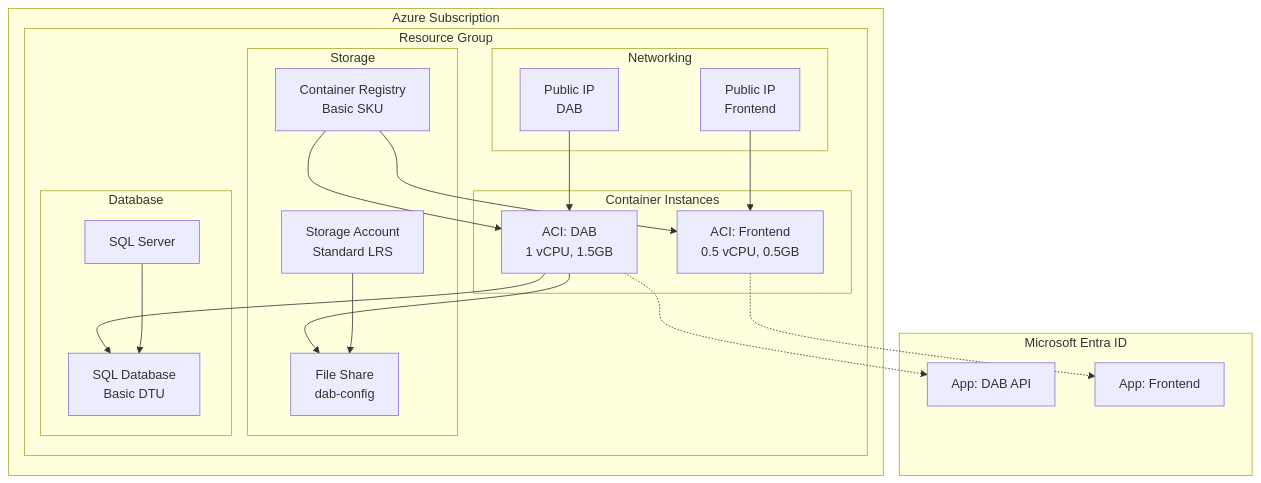
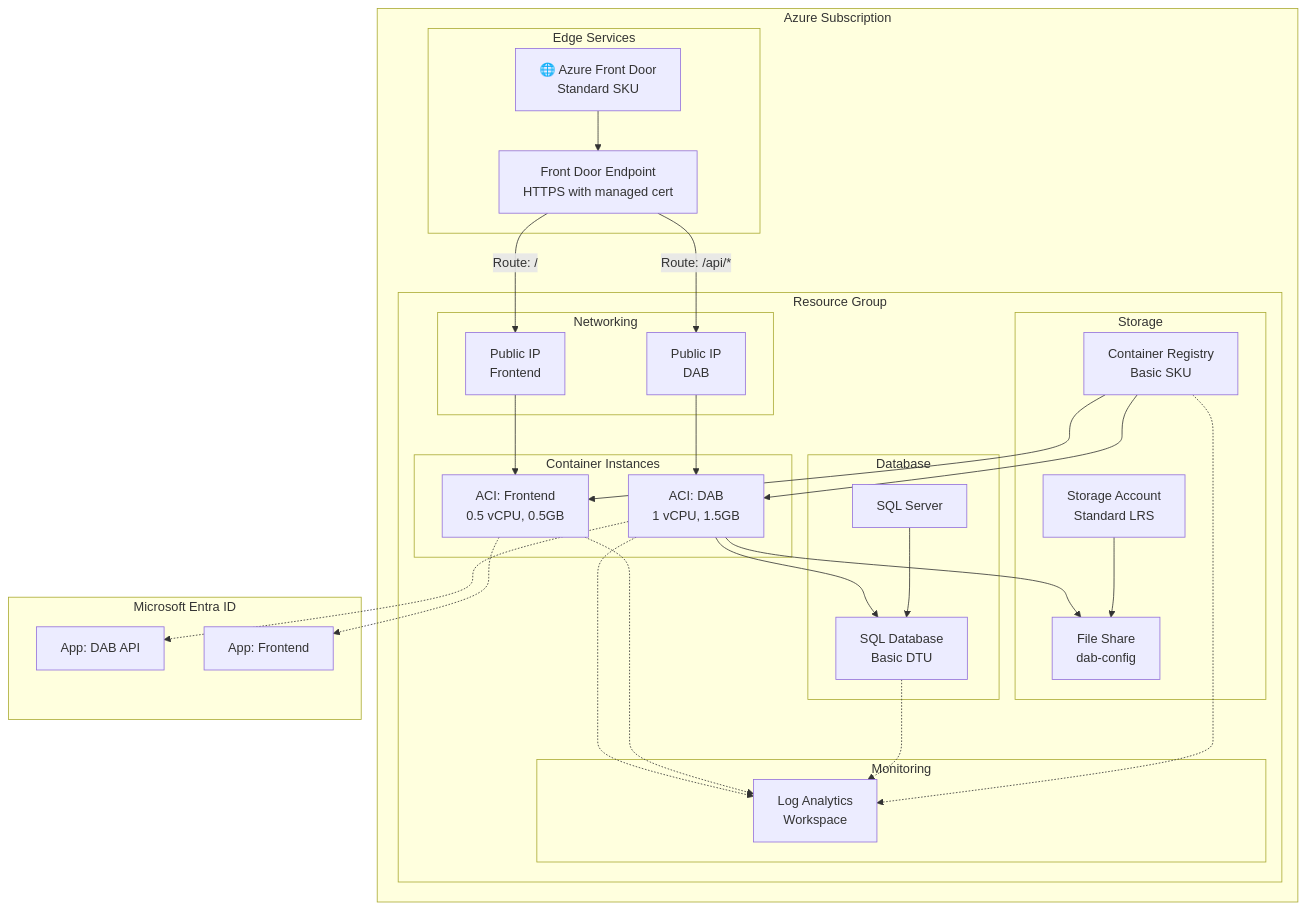
One commit to fgarofalo56/azure-dab-fullstack-demo changed the tenth of 13 diagrams in docs/architecture.md. Above: the diagram before and after it, drawn with Mermaid. The commit also changed other lines of this file and 2 other files, not shown here.

First line of the commit message:
docs: update architecture diagrams with Front Door and Log Analytics

````diff
--- a/docs/architecture.md
+++ b/docs/architecture.md
@@ -481,43 +490,59 @@
 ```mermaid
 graph TB
     subgraph Subscription["Azure Subscription"]
+        subgraph Edge["Edge Services"]
+            FrontDoor["🌐 Azure Front Door<br/>Standard SKU"]
+            FDEndpoint["Front Door Endpoint<br/>HTTPS with managed cert"]
+        end
+
         subgraph RG["Resource Group"]
             subgraph Network["Networking"]
                 PIP1["Public IP<br/>DAB"]
                 PIP2["Public IP<br/>Frontend"]
             end
 
             subgraph Containers["Container Instances"]
                 ACI1["ACI: DAB<br/>1 vCPU, 1.5GB"]
                 ACI2["ACI: Frontend<br/>0.5 vCPU, 0.5GB"]
             end
 
             subgraph Storage["Storage"]
                 ACR["Container Registry<br/>Basic SKU"]
                 StorageAcc["Storage Account<br/>Standard LRS"]
                 FileShare["File Share<br/>dab-config"]
             end
 
             subgraph Database["Database"]
                 SQLServer["SQL Server"]
                 SQLDB["SQL Database<br/>Basic DTU"]
             end
+
+            subgraph Observability["Monitoring"]
+                LAW["Log Analytics<br/>Workspace"]
+            end
         end
     end
 
     subgraph EntraID["Microsoft Entra ID"]
         AppReg1["App: DAB API"]
         AppReg2["App: Frontend"]
     end
 
+    FrontDoor --> FDEndpoint
+    FDEndpoint -->|"Route: /"| PIP2
+    FDEndpoint -->|"Route: /api/*"| PIP1
     PIP1 --> ACI1
     PIP2 --> ACI2
     ACI1 --> SQLDB
     ACI1 --> FileShare
     ACR --> ACI1
     ACR --> ACI2
     StorageAcc --> FileShare
     SQLServer --> SQLDB
     ACI1 -.-> AppReg1
     ACI2 -.-> AppReg2
+    ACI1 -.-> LAW
+    ACI2 -.-> LAW
+    SQLDB -.-> LAW
+    ACR -.-> LAW
 ```
````
